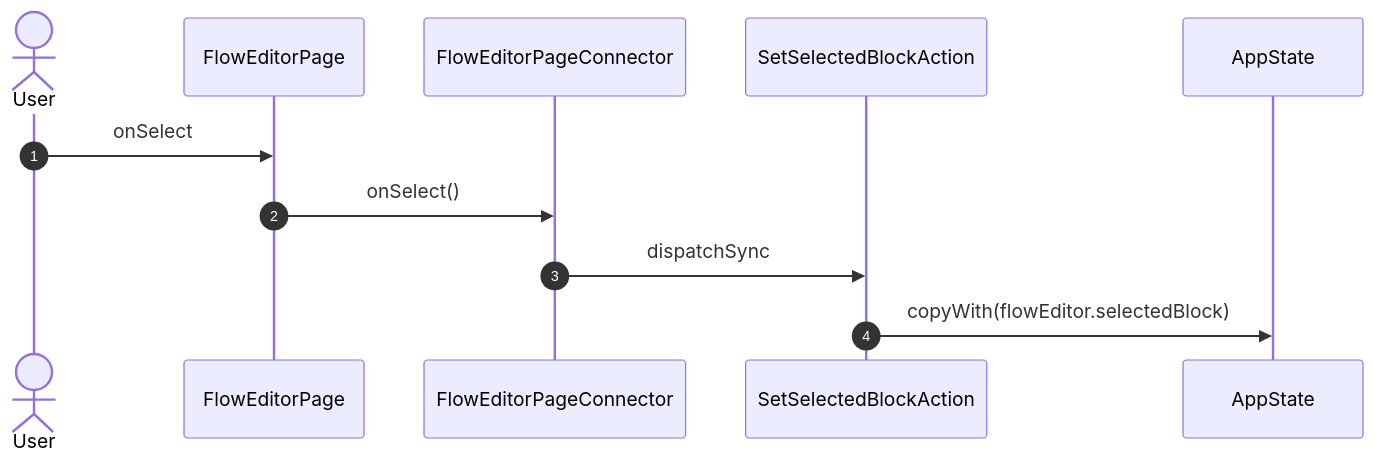
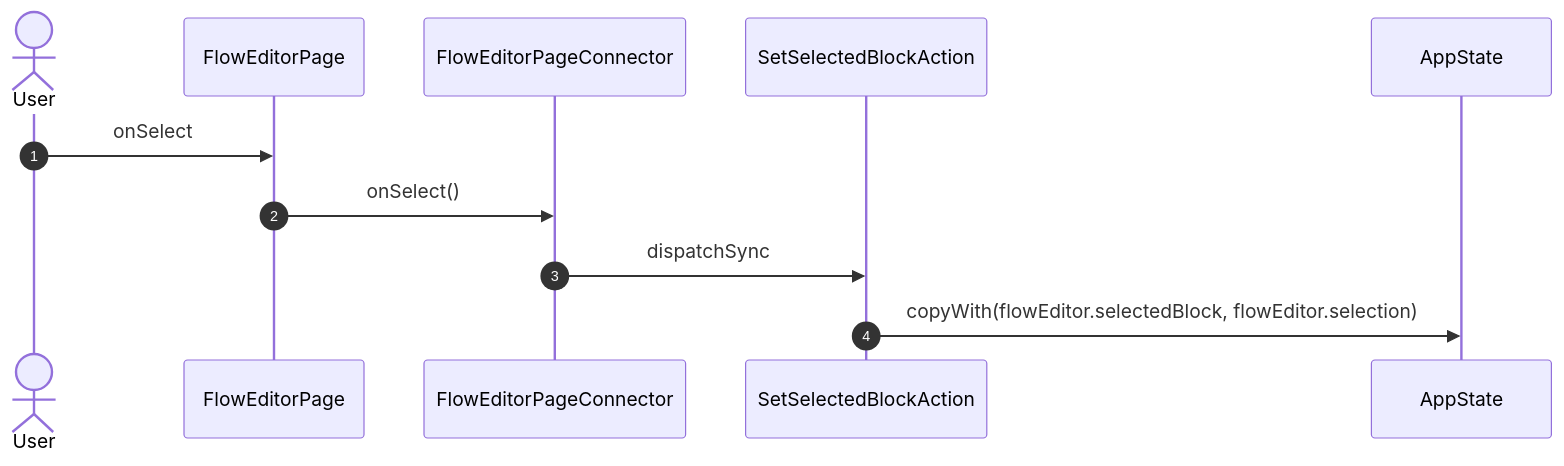
Diagram 12 of 30 in studio/docs/flows/flowEditor.md (gencto/wyrm), drawn with Mermaid before and after one commit. The commit also changed other lines of this file and 82 other files, not shown here.

First line of the commit message:
studio: pins, selection, clipboard, undo and shortcuts on the flow canvas

````diff
--- a/studio/docs/flows/flowEditor.md
+++ b/studio/docs/flows/flowEditor.md
@@ -230,14 +230,14 @@
 ```mermaid
 sequenceDiagram
     autonumber
     actor User
     participant UI as FlowEditorPage
     participant VM as FlowEditorPageConnector
     participant A1 as SetSelectedBlockAction
     participant ST as AppState
 
     User->>UI: onSelect
     UI->>VM: onSelect()
     VM->>A1: dispatchSync
-    A1->>ST: copyWith(flowEditor.selectedBlock)
+    A1->>ST: copyWith(flowEditor.selectedBlock, flowEditor.selection)
 ```
````
